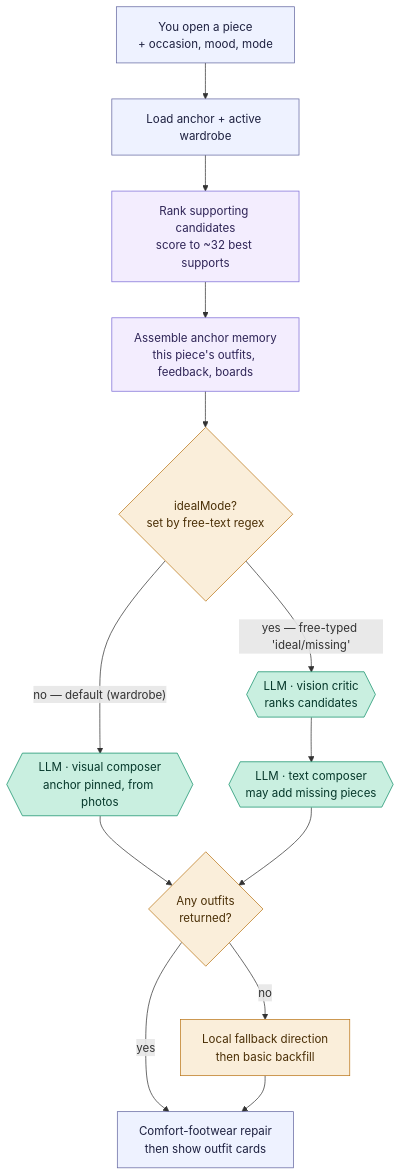
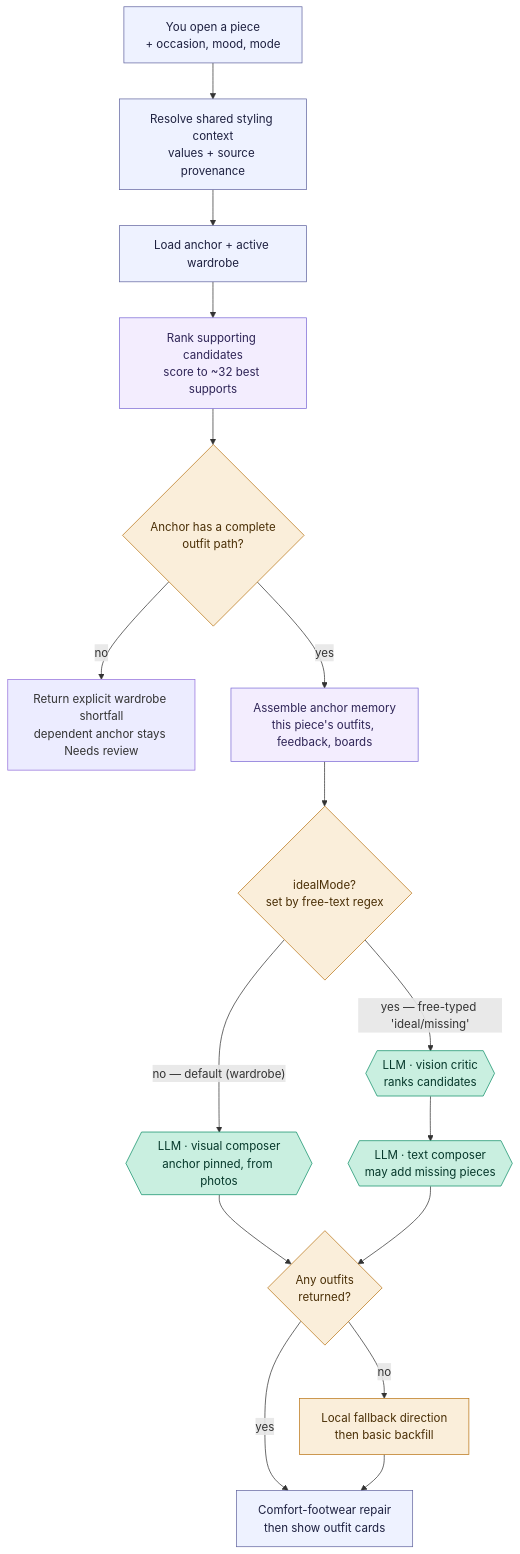
Before and after one commit to yunap/closet: the diagram in docs/flows/selected-piece-composer.md, drawn with Mermaid. The commit also changed other lines of this file and 71 other files, not shown here.

First line of the commit message:
Consolidate closet architecture ownership (#254)

````diff
--- a/docs/flows/selected-piece-composer.md
+++ b/docs/flows/selected-piece-composer.md
@@ -24,22 +31,25 @@
 ```mermaid
 flowchart TD
-    A["You open a piece<br/>+ occasion, mood, mode"] --> B["Load anchor + active wardrobe"]
+    A["You open a piece<br/>+ occasion, mood, mode"] --> X["Resolve shared styling context<br/>values + source provenance"]
+    X --> B["Load anchor + active wardrobe"]
     B --> C["Rank supporting candidates<br/>score to ~32 best supports"]
-    C --> D["Assemble anchor memory<br/>this piece's outfits, feedback, boards"]
+    C --> Q{"Anchor has a complete<br/>outfit path?"}
+    Q -->|no| S["Return explicit wardrobe shortfall<br/>dependent anchor stays Needs review"]
+    Q -->|yes| D["Assemble anchor memory<br/>this piece's outfits, feedback, boards"]
     D --> M{"idealMode?<br/>set by free-text regex"}
     M -->|"no — default (wardrobe)"| E{{"LLM · visual composer<br/>anchor pinned, from photos"}}
     M -->|"yes — free-typed 'ideal/missing'"| V{{"LLM · vision critic<br/>ranks candidates"}} --> E2{{"LLM · text composer<br/>may add missing pieces"}}
     E --> F{"Any outfits<br/>returned?"}
     E2 --> F
     F -->|yes| R["Comfort-footwear repair<br/>then show outfit cards"]
     F -->|no| G["Local fallback direction<br/>then basic backfill"] --> R
 
     classDef app fill:#eef2ff,stroke:#6366a0,color:#1e2140;
     classDef rules fill:#f3edfe,stroke:#7c6bd6,color:#2f2557;
     classDef model fill:#c9efe0,stroke:#0f8f68,color:#06382b;
     classDef check fill:#faeeda,stroke:#ba7517,color:#4a2f06;
-    class A,B,R app;
+    class A,X,B,R app;
     class C,D rules;
     class E,V,E2 model;
-    class M,F,G check;
+    class Q,M,F,G check;
 ```
````
